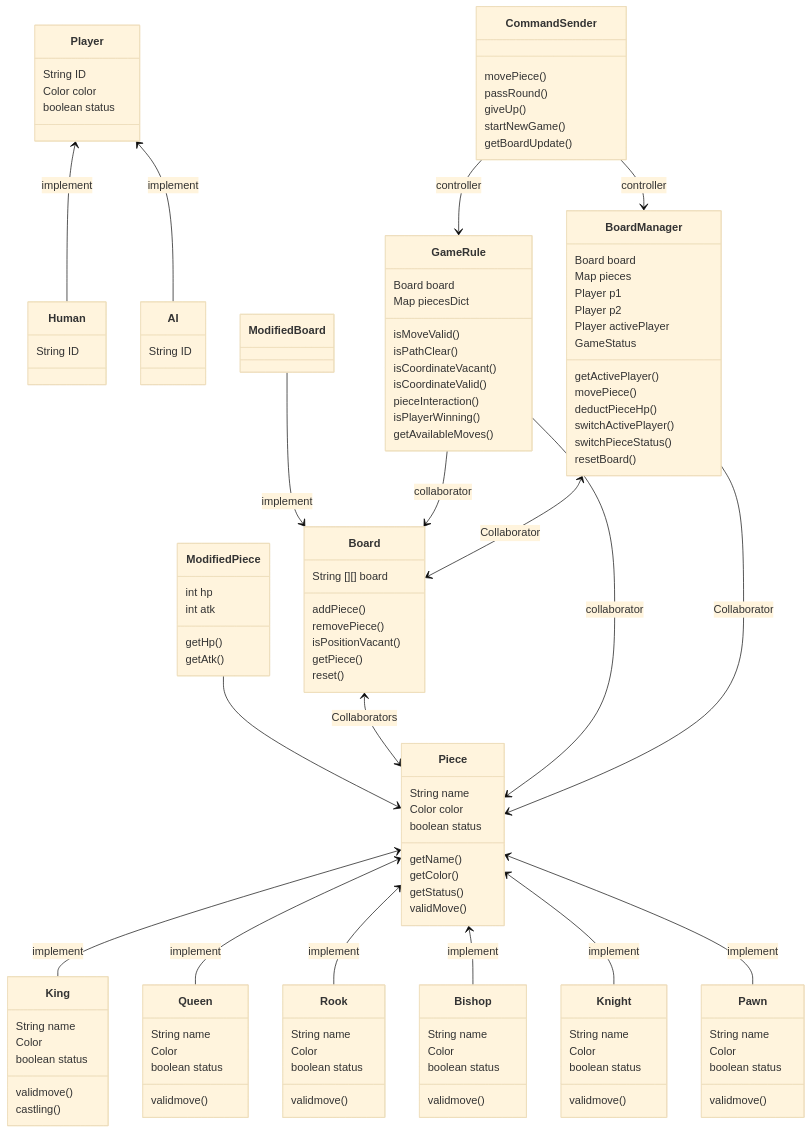
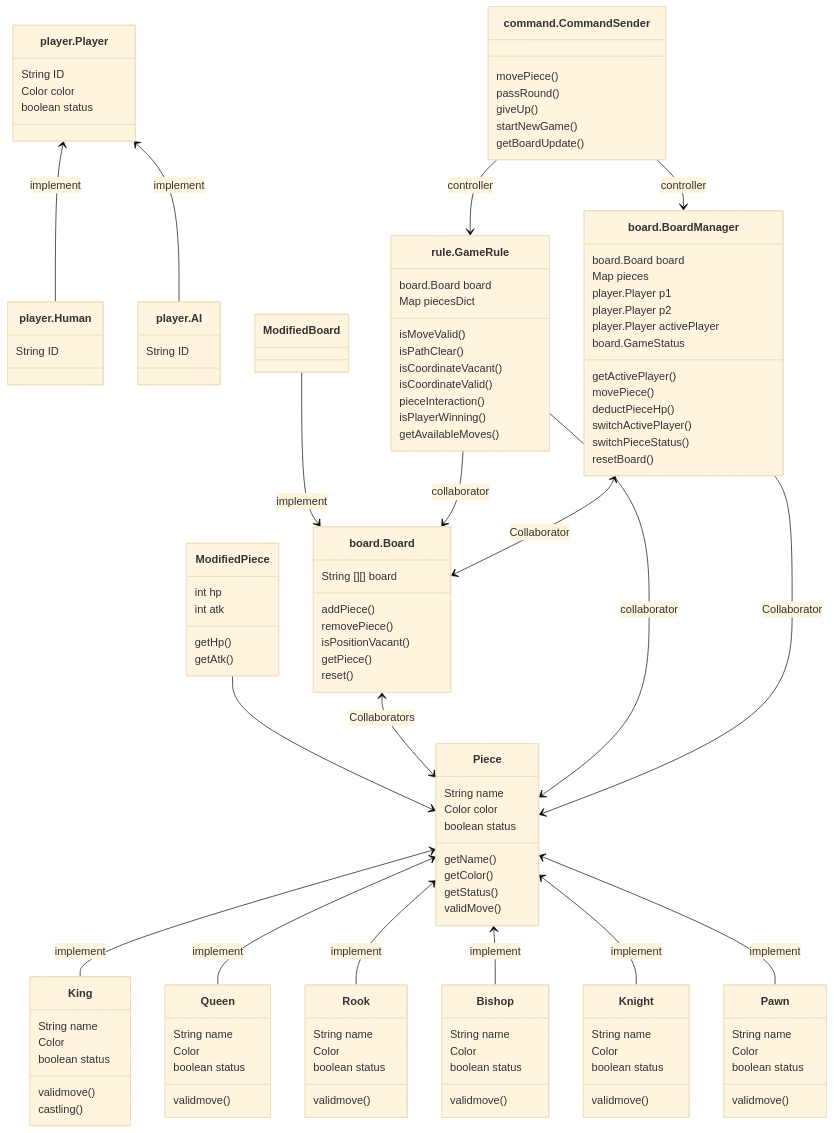
The diagram in phase1/Class Diagram.md (CSC207-UofT/course-project-dragon-squirrel), drawn with Mermaid (base theme) before and after one commit. The commit also changed 44 other files, not shown here.

Commit message:
another version of rule and command pattern

````diff
--- a/phase1/Class Diagram.md
+++ b/phase1/Class Diagram.md
@@ -7,15 +7,15 @@
 ```mermaid
 classDiagram
-    Player <-- Human : implement
-    Player <-- AI : implement
+    player.Player <-- player.Human : implement
+    player.Player <-- player.AI : implement
     
-    Player : String ID
-    Player : Color color
-    Player : boolean status
+    player.Player : String ID
+    player.Player : Color color
+    player.Player : boolean status
     
-    Human : String ID
+    player.Human : String ID
     
-    AI : String ID
+    player.AI : String ID
     
     
     Piece <-- King : implement
@@ -71,50 +71,50 @@
     ModifiedPiece : getAtk()
     
     
-    Board <--> Piece : Collaborators
-    Board : String [][] board
-    Board : addPiece()
-    Board : removePiece()
-    Board : isPositionVacant()
-    Board : getPiece()
-    Board : reset()
+    board.Board <--> Piece : Collaborators
+    board.Board : String [][] board
+    board.Board : addPiece()
+    board.Board : removePiece()
+    board.Board : isPositionVacant()
+    board.Board : getPiece()
+    board.Board : reset()
     
-    ModifiedBoard --> Board : implement
+    ModifiedBoard --> board.Board : implement
     
     
-    GameRule --> Piece : collaborator
-    GameRule --> Board : collaborator
-    GameRule : Board board
-    GameRule : Map<String, Piece> piecesDict 
-    GameRule : isMoveValid()
-    GameRule : isPathClear()
-    GameRule : isCoordinateVacant()
-    GameRule : isCoordinateValid()
-    GameRule : pieceInteraction()
-    GameRule : isPlayerWinning()
-    GameRule : getAvailableMoves()
+    rule.GameRule --> Piece : collaborator
+    rule.GameRule --> board.Board : collaborator
+    rule.GameRule : board.Board board
+    rule.GameRule : Map<String, Piece> piecesDict 
+    rule.GameRule : isMoveValid()
+    rule.GameRule : isPathClear()
+    rule.GameRule : isCoordinateVacant()
+    rule.GameRule : isCoordinateValid()
+    rule.GameRule : pieceInteraction()
+    rule.GameRule : isPlayerWinning()
+    rule.GameRule : getAvailableMoves()
     
-    BoardManager --> Piece : Collaborator
-    BoardManager <--> Board : Collaborator
-    BoardManager : Board board
-    BoardManager : Map<String, Piece> pieces
-    BoardManager : Player p1
-    BoardManager : Player p2
-    BoardManager : Player activePlayer
-    BoardManager : GameStatus
-    BoardManager : getActivePlayer()
-    BoardManager : movePiece()
-    BoardManager : deductPieceHp()
-    BoardManager : switchActivePlayer()
-    BoardManager : switchPieceStatus()
-    BoardManager : resetBoard()
+    board.BoardManager --> Piece : Collaborator
+    board.BoardManager <--> board.Board : Collaborator
+    board.BoardManager : board.Board board
+    board.BoardManager : Map<String, Piece> pieces
+    board.BoardManager : player.Player p1
+    board.BoardManager : player.Player p2
+    board.BoardManager : player.Player activePlayer
+    board.BoardManager : board.GameStatus
+    board.BoardManager : getActivePlayer()
+    board.BoardManager : movePiece()
+    board.BoardManager : deductPieceHp()
+    board.BoardManager : switchActivePlayer()
+    board.BoardManager : switchPieceStatus()
+    board.BoardManager : resetBoard()
     
     
-    CommandSender --> BoardManager : controller
-    CommandSender --> GameRule : controller
-    CommandSender : movePiece()
-    CommandSender : passRound()
-    CommandSender : giveUp()
-    CommandSender : startNewGame()
-    CommandSender : getBoardUpdate()
+    command.CommandSender --> board.BoardManager : controller
+    command.CommandSender --> rule.GameRule : controller
+    command.CommandSender : movePiece()
+    command.CommandSender : passRound()
+    command.CommandSender : giveUp()
+    command.CommandSender : startNewGame()
+    command.CommandSender : getBoardUpdate()
 ```
````
